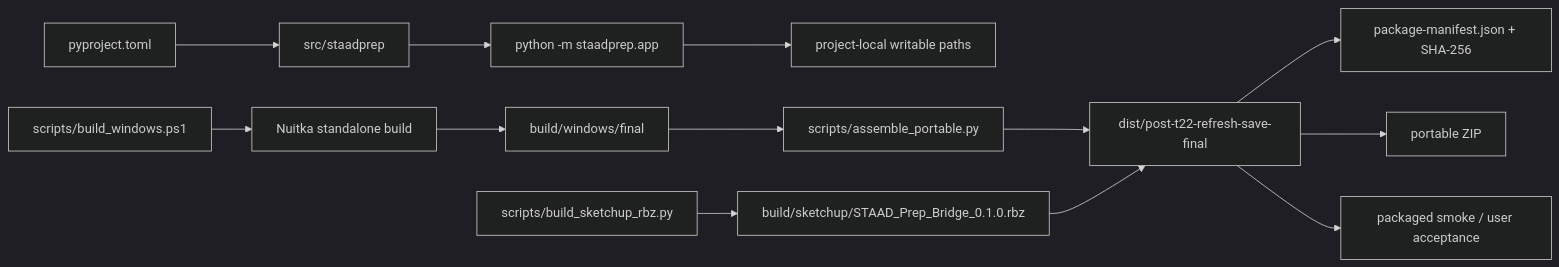
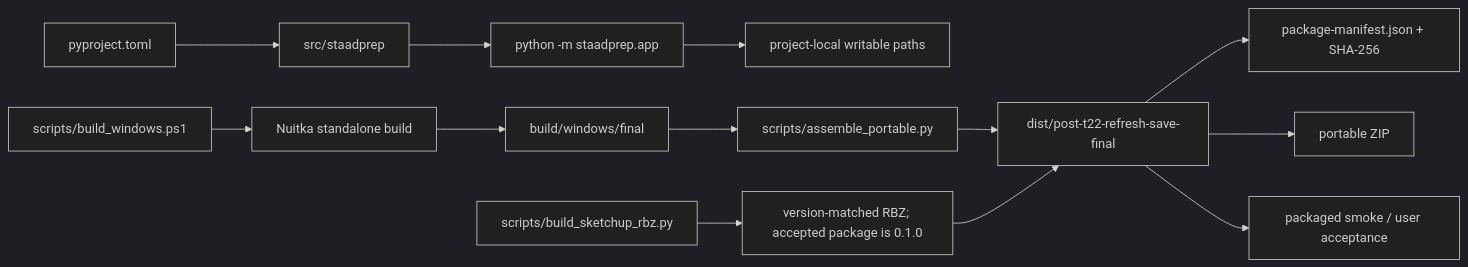
The fourth of 6 diagrams in docs/WORKTREE_MINDMAP.md (nariiiiiiiiiiii/STAAD_Model_Preprocessor), drawn with Mermaid (dark theme) before and after one commit. The commit also changed other lines of this file and 38 other files, not shown here.

```diff
--- a/docs/WORKTREE_MINDMAP.md
+++ b/docs/WORKTREE_MINDMAP.md
@@ -338,15 +354,15 @@
 ~~~mermaid
 flowchart LR
     PYPROJECT[pyproject.toml] --> SRC[src/staadprep]
     SRC --> DEV[python -m staadprep.app]
     DEV --> DEVPATH[project-local writable paths]
     PS[scripts/build_windows.ps1] --> NUITKA[Nuitka standalone build]
     NUITKA --> WINBUILD[build/windows/final]
     WINBUILD --> ASSEMBLE[scripts/assemble_portable.py]
-    RBZBUILD[scripts/build_sketchup_rbz.py] --> RBZ[build/sketchup/STAAD_Prep_Bridge_0.1.0.rbz]
+    RBZBUILD[scripts/build_sketchup_rbz.py] --> RBZ[version-matched RBZ; accepted package is 0.1.0]
     ASSEMBLE --> PACKAGE[dist/post-t22-refresh-save-final]
     RBZ --> PACKAGE
     PACKAGE --> MANIFEST[package-manifest.json + SHA-256]
     PACKAGE --> ZIP[portable ZIP]
     PACKAGE --> ACCEPT[packaged smoke / user acceptance]
 ~~~
```
